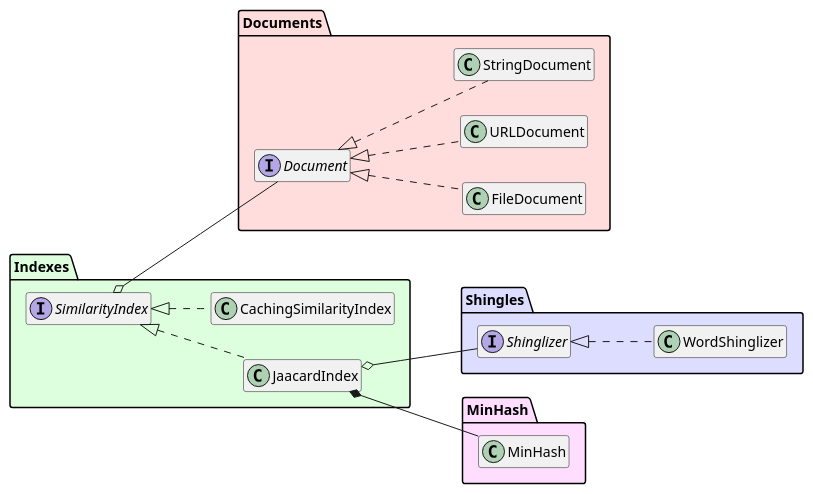
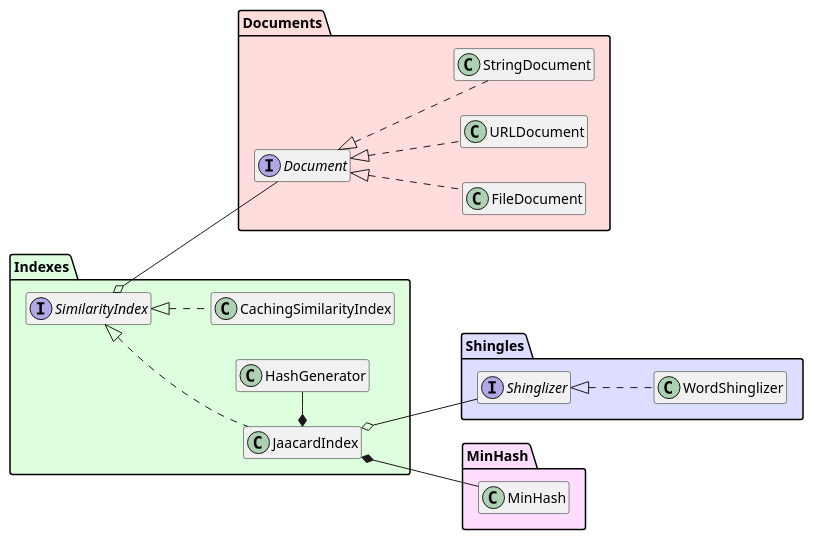
Before and after one commit to chatton/DocumentSimilarityAPI: the diagram in src/UML.puml, drawn with PlantUML. The commit also changed 4 other files, not shown here.

Commit message:
Extracted out generating numbers functionality into its own class. The HashGenerator.

```diff
--- a/src/UML.puml
+++ b/src/UML.puml
@@ -1,46 +1,49 @@
 @startuml
 left to right direction
 
 package "Documents" #FFDDDD {
 
     interface Document
 
     class FileDocument
     class URLDocument
     class StringDocument
 
     Document <|.. FileDocument
     Document <|.. URLDocument
     Document <|.. StringDocument
 
 }
 
 package "Indexes" #DDFFDD {
     interface SimilarityIndex
 
     SimilarityIndex o-- Document
 
     class JaacardIndex
     class CachingSimilarityIndex
 
     SimilarityIndex <|.. JaacardIndex
     SimilarityIndex <|.. CachingSimilarityIndex
+
+    class HashGenerator
+    JaacardIndex *- HashGenerator
 }
 
 package "Shingles" #DDDDFF {
 
     JaacardIndex o-- Shinglizer
 
     interface Shinglizer
 
     class WordShinglizer
     Shinglizer <|.. WordShinglizer
 }
 
 package "MinHash" #FFDDFF {
     class MinHash
     JaacardIndex *-- MinHash
 }
 
 hide members
 @enduml
```
